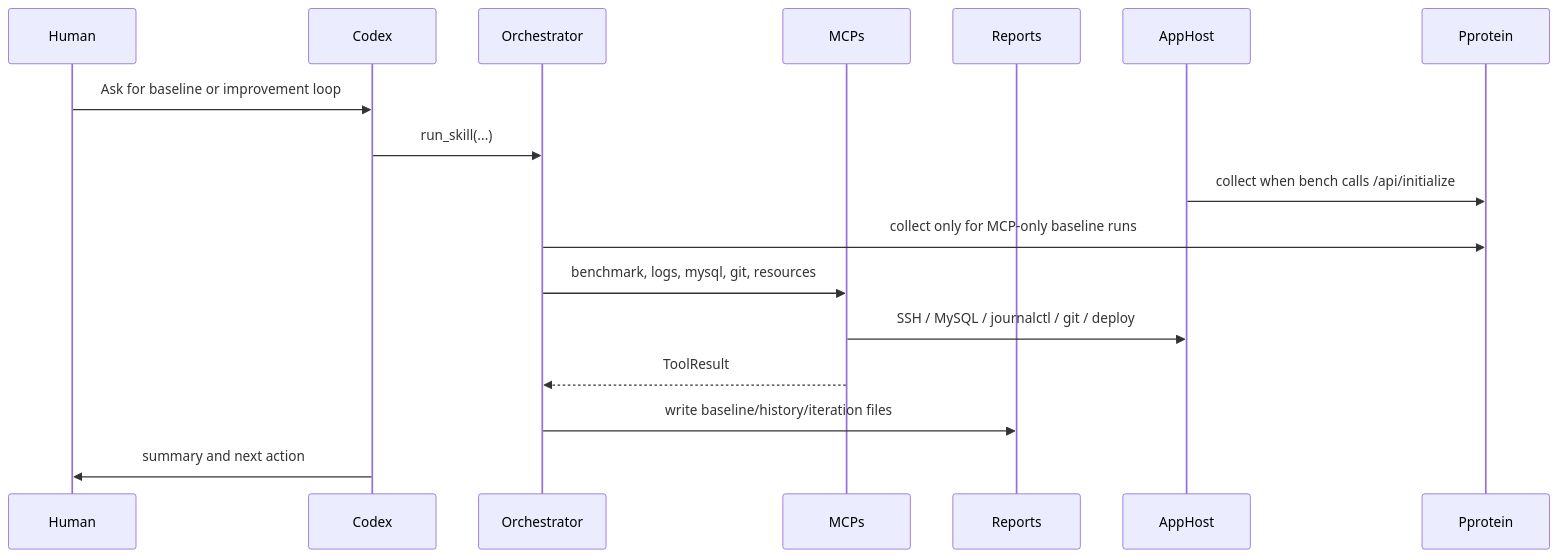
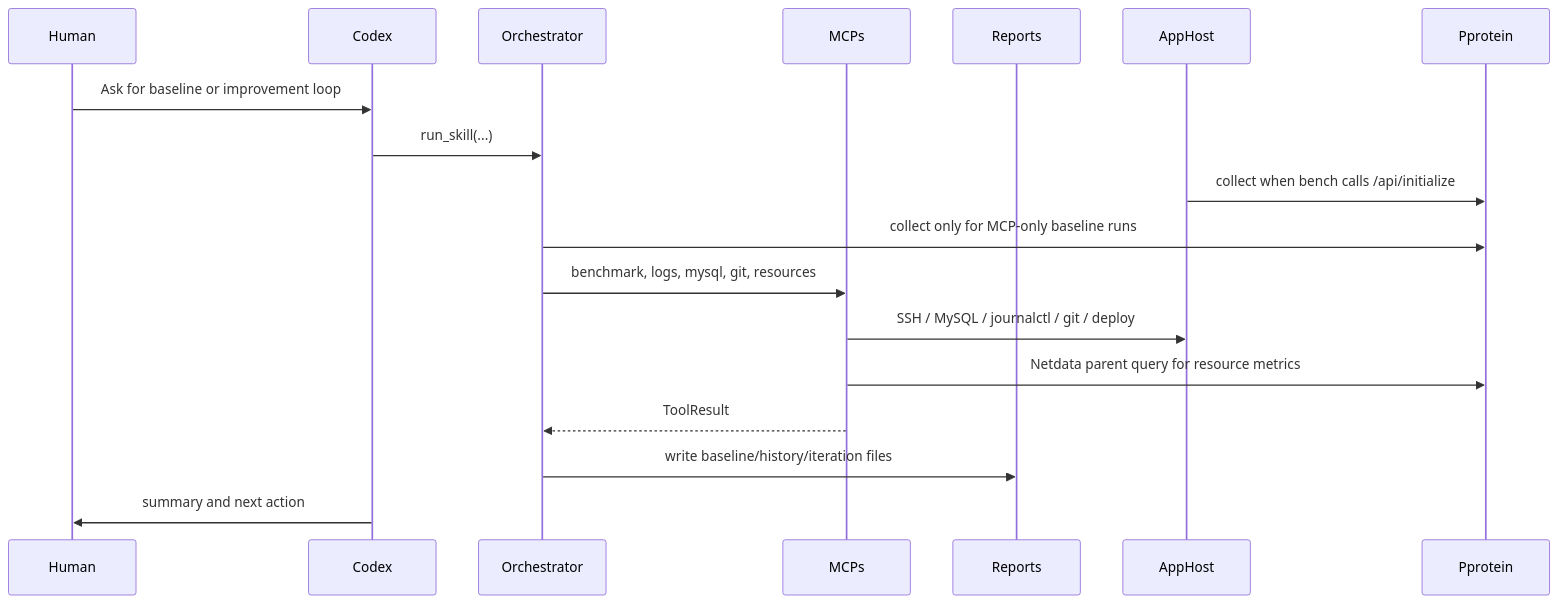
Before and after one commit to itohdak/isucon_ai_tools: the second of 2 diagrams in docs/agent-architecture.md, drawn with Mermaid. The commit also changed other lines of this file and 5 other files, not shown here.

First line of the commit message:
Add Resource Monitor Agent role and wire NetdataMCP to real netdata

````diff
--- a/docs/agent-architecture.md
+++ b/docs/agent-architecture.md
@@ -59,20 +62,21 @@
 ```mermaid
 sequenceDiagram
   participant Human
   participant Codex
   participant Orchestrator
   participant MCPs
   participant Reports
   participant AppHost
   participant Pprotein
 
   Human->>Codex: Ask for baseline or improvement loop
   Codex->>Orchestrator: run_skill(...)
   AppHost->>Pprotein: collect when bench calls /api/initialize
   Orchestrator->>Pprotein: collect only for MCP-only baseline runs
   Orchestrator->>MCPs: benchmark, logs, mysql, git, resources
   MCPs->>AppHost: SSH / MySQL / journalctl / git / deploy
+  MCPs->>Pprotein: Netdata parent query for resource metrics
   MCPs-->>Orchestrator: ToolResult
   Orchestrator->>Reports: write baseline/history/iteration files
   Codex->>Human: summary and next action
 ```
````
